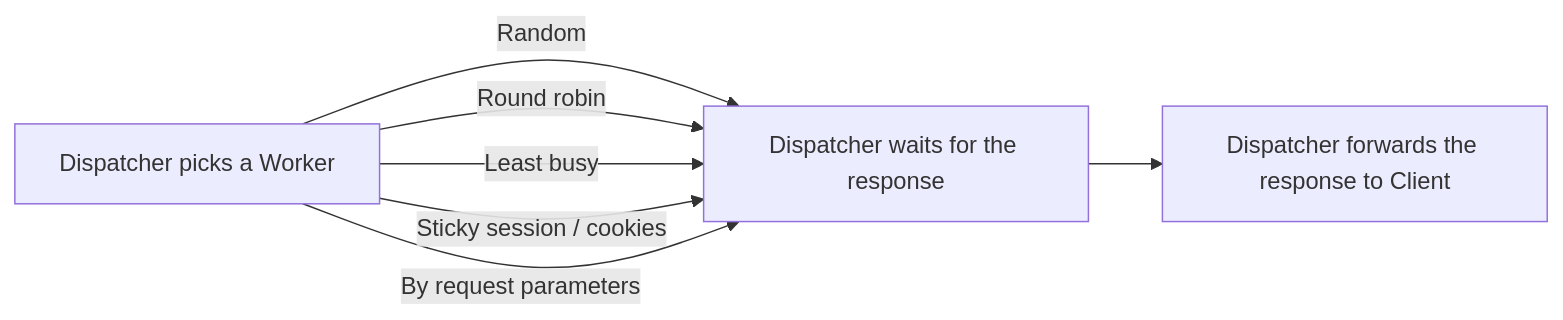
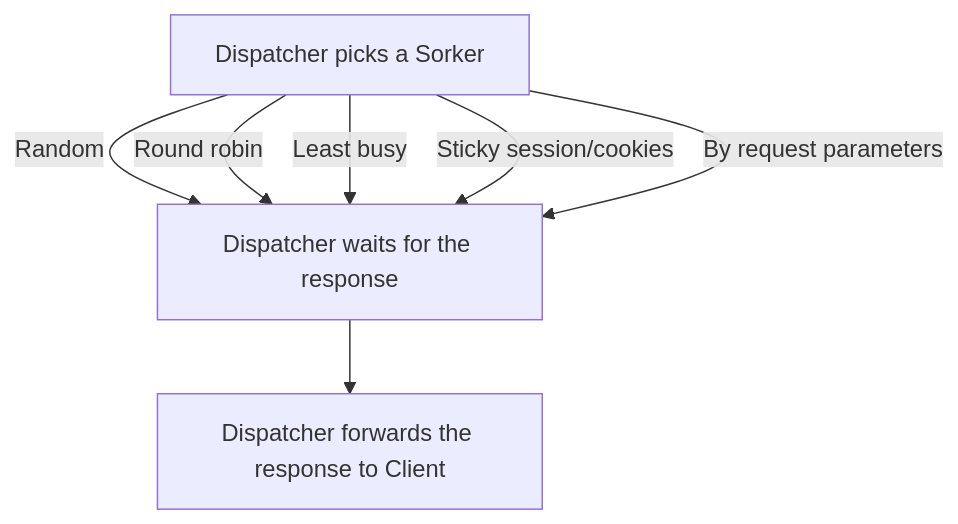
The second of 2 diagrams in pages/load-balancer.md (phucnguyen81/system-design-primer), drawn with Mermaid before and after one commit. The commit also changed other lines of this file, not shown here.

````diff
--- a/pages/load-balancer.md
+++ b/pages/load-balancer.md
@@ -23,10 +24,11 @@
 ```mermaid!
-flowchart LR
-  1[Dispatcher picks a Worker]
-  1 -->|Random| 2[Dispatcher waits for the response]
-  1 -->|Round robin| 2
-  1 -->|Least busy| 2
-  1 -->|Sticky session / cookies| 2
-  1 -->|By request parameters| 2
-  2 --> 3[Dispatcher forwards the response to Client]
+flowchart TD
+
+1[Dispatcher picks a Sorker]
+1 -->|Random| 2[Dispatcher waits for the response]
+1 -->|Round robin| 2
+1 -->|Least busy| 2
+1 -->|Sticky session/cookies| 2
+1 -->|By request parameters| 2
+2 --> 3[Dispatcher forwards the response to Client]
 ```
````
